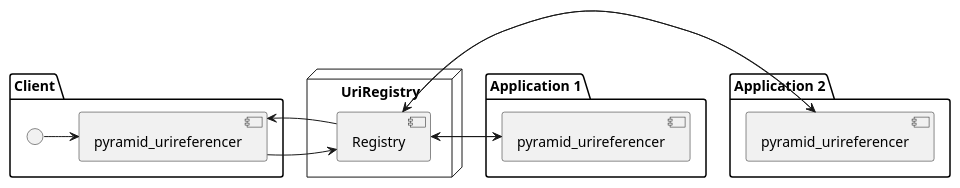
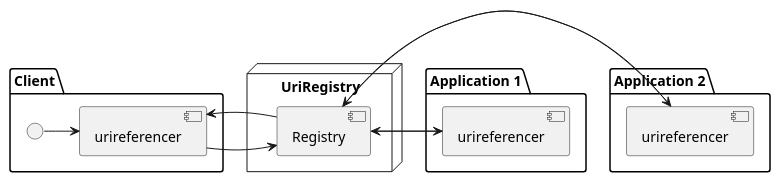
One commit to OnroerendErfgoed/uriregistry changed the diagram in docs/source/architecture.rst. Above: the diagram before and after it, drawn with PlantUML. The commit also changed other lines of this file and 2 other files, not shown here.

```diff
--- a/docs/source/architecture.rst
+++ b/docs/source/architecture.rst
@@ -8,30 +8,30 @@
 .. uml::
 
     @startuml
 
     package "Client" as AB{
         interface " " as START
-        [pyramid_urireferencer] as RP
+        [urireferencer] as RP
         START -> RP
     }
 
     node "UriRegistry" as UR{
       [Registry] as REG
     }
 
     package "Application 1" as A1{
-        [pyramid_urireferencer] as RP1
+        [urireferencer] as RP1
     }
 
     package "Application 2" as A2{
-        [pyramid_urireferencer] as RP2
+        [urireferencer] as RP2
     }
 
     RP -> REG
     REG -> RP1
     REG -> RP2
     RP1 -> REG
     RP2 -> REG
     REG -> RP
 
     @enduml
```
